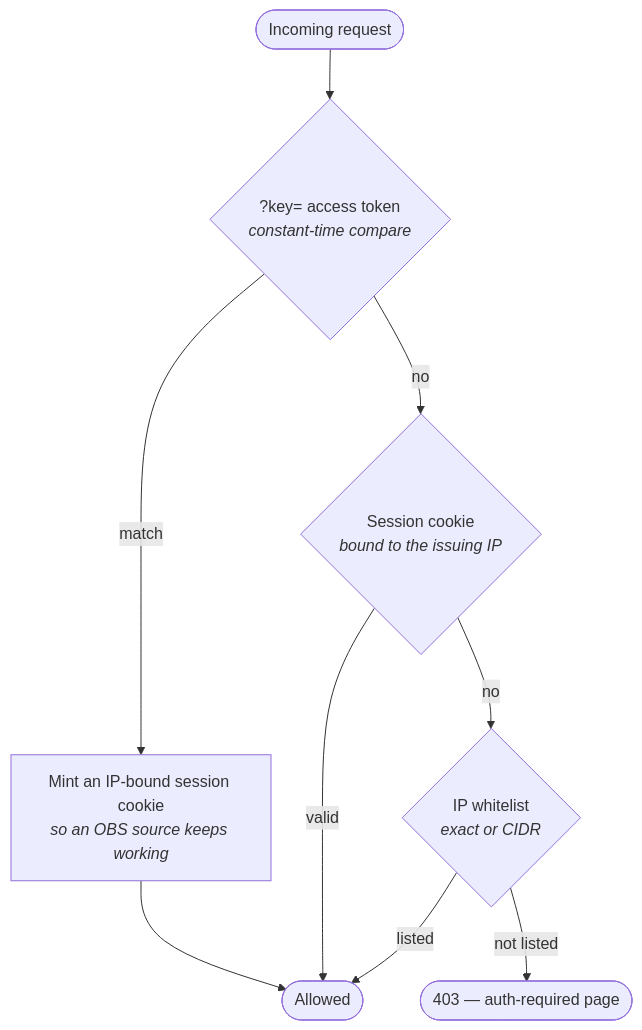
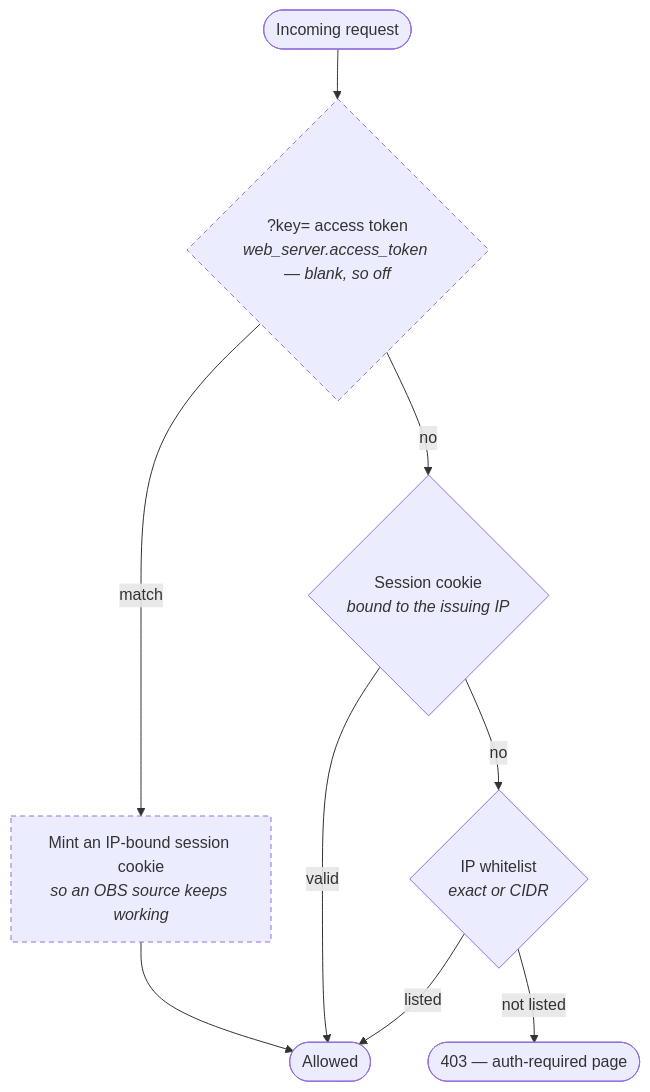
One commit to ChurchPresenter/STT changed the sixth of 11 diagrams in PIPELINE.md. Above: the diagram before and after it, drawn with Mermaid. The commit also changed other lines of this file, not shown here.

````diff
--- a/PIPELINE.md
+++ b/PIPELINE.md
@@ -270,18 +301,21 @@
 ```mermaid
 flowchart TD
     REQ(["Incoming request"])
-    K{"?key= access token<br/><i>constant-time compare</i>"}
+    K{"?key= access token<br/><i>web_server.access_token — blank, so off</i>"}
     S{"Session cookie<br/><i>bound to the issuing IP</i>"}
     W{"IP whitelist<br/><i>exact or CIDR</i>"}
     OK(["Allowed"])
     NO(["403 — auth-required page"])
     MINT["Mint an IP-bound session cookie<br/><i>so an OBS source keeps working</i>"]
 
     REQ --> K
     K -->|match| MINT --> OK
     K -->|no| S
     S -->|valid| OK
     S -->|no| W
     W -->|listed| OK
     W -->|not listed| NO
+
+    classDef optin stroke-dasharray:5 4;
+    class K,MINT optin;
 ```
````
